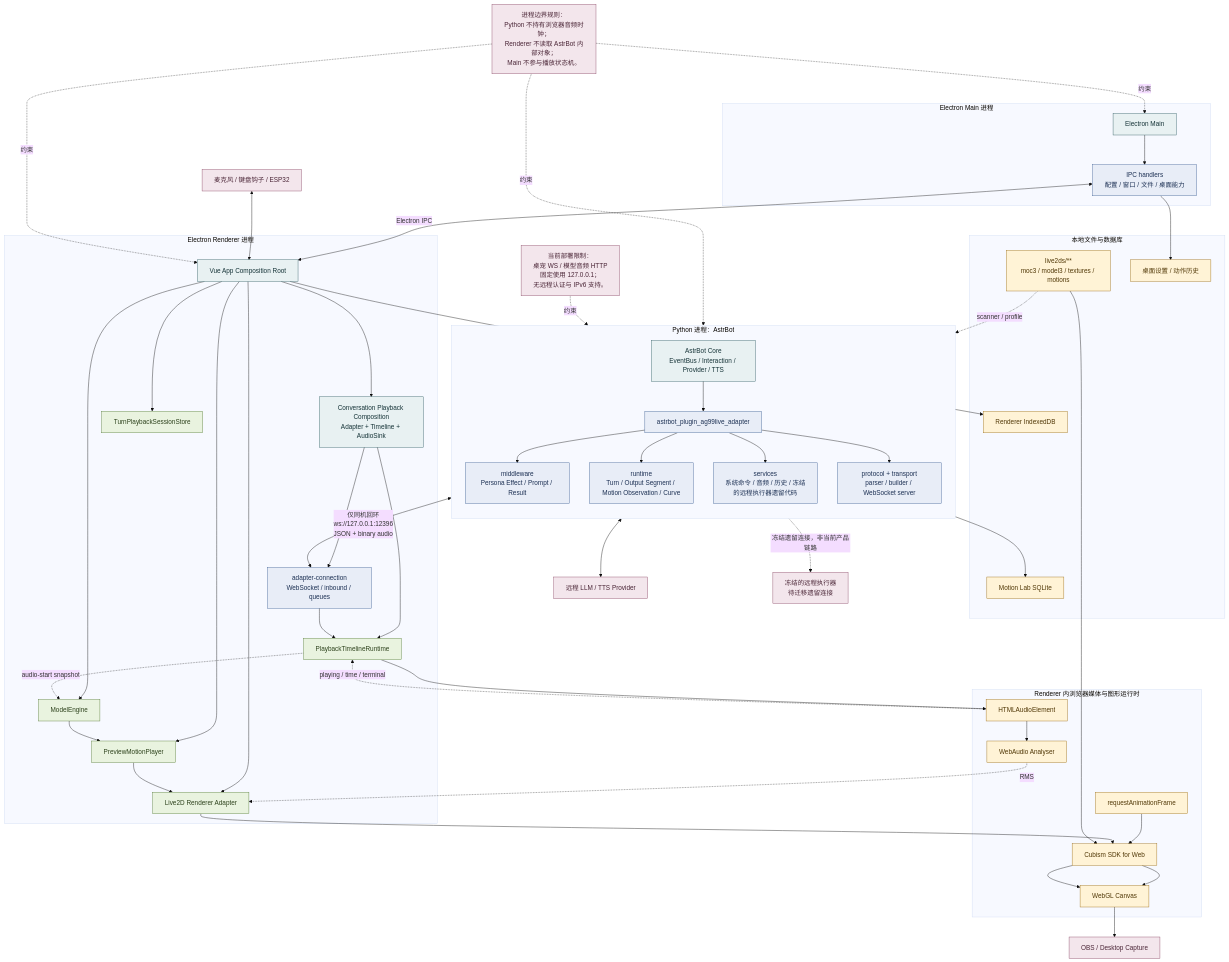
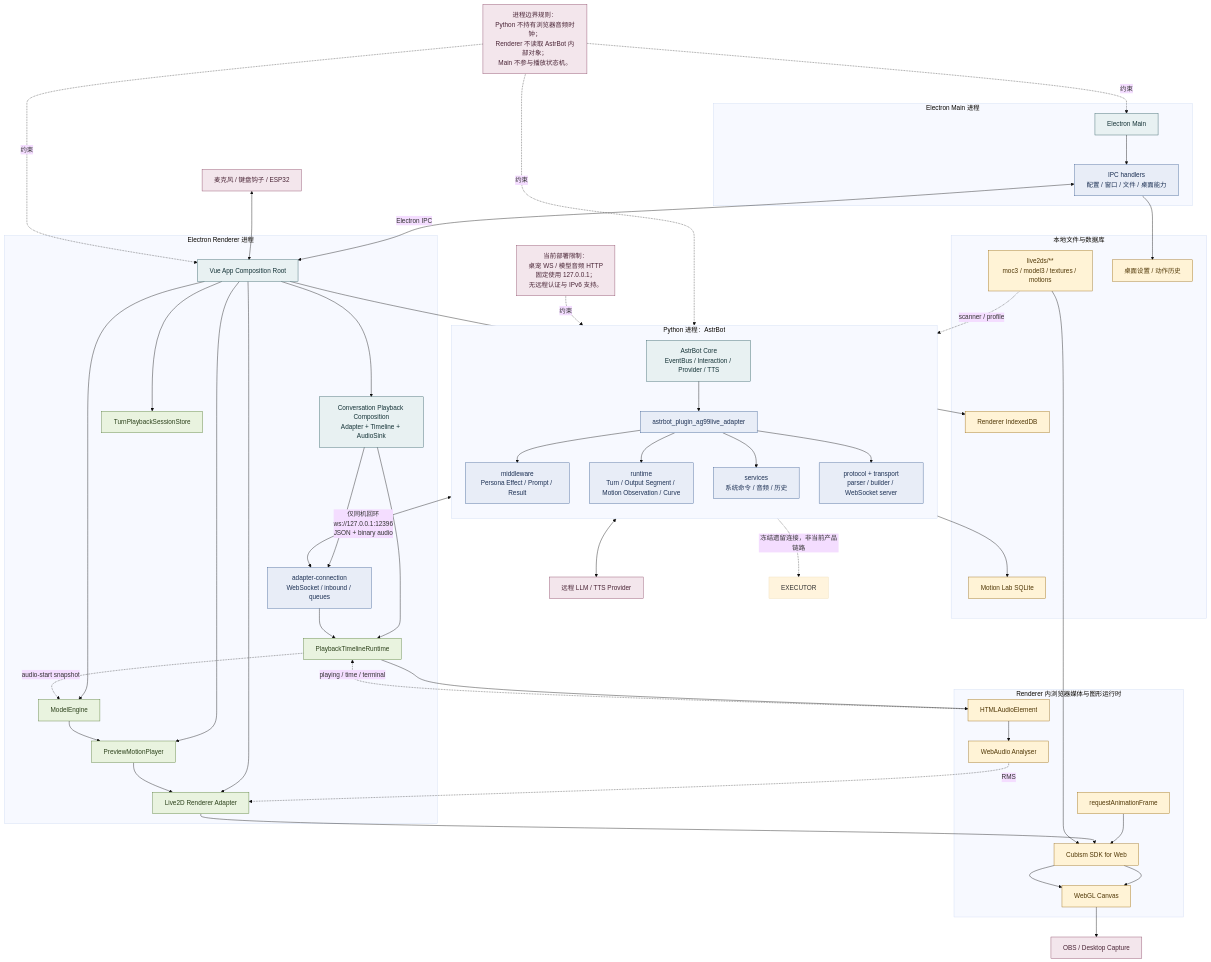
One commit to murphys7017/AG99live changed the diagram in docs/04-流程图与分析图/02-部署与进程边界图.mmd. Above: the diagram before and after it, drawn with Mermaid (base theme). The commit also changed 24 other files, not shown here.

```diff
--- a/docs/04-流程图与分析图/02-部署与进程边界图.mmd
+++ b/docs/04-流程图与分析图/02-部署与进程边界图.mmd
@@ -1,94 +1,93 @@
 flowchart TB
     classDef process fill:#e8f1f2,stroke:#2f5d62,color:#163438
     classDef module fill:#e8edf7,stroke:#3e5f93,color:#1d3154
     classDef runtime fill:#e9f3df,stroke:#557a35,color:#2e431d
     classDef io fill:#fff3d6,stroke:#9a6b14,color:#513807
     classDef external fill:#f3e6ec,stroke:#8b4865,color:#4b2637
 
     subgraph PY[Python 进程：AstrBot]
         direction TB
         PYCORE[AstrBot Core<br/>EventBus / Interaction / Provider / TTS]:::process
         PLUGIN[astrbot_plugin_ag99live_adapter]:::module
         MW[middleware<br/>Persona Effect / Prompt / Result]:::module
         RT[runtime<br/>Turn / Output Segment / Motion Observation / Curve]:::module
-        SVC[services<br/>系统命令 / 音频 / 历史 / 冻结的远程执行器遗留代码]:::module
+        SVC[services<br/>系统命令 / 音频 / 历史]:::module
         PROTO[protocol + transport<br/>parser / builder / WebSocket server]:::module
         PYCORE --> PLUGIN
         PLUGIN --> MW
         PLUGIN --> RT
         PLUGIN --> SVC
         PLUGIN --> PROTO
     end
 
     subgraph MAIN[Electron Main 进程]
         MAINPROC[Electron Main]:::process
         IPC[IPC handlers<br/>配置 / 窗口 / 文件 / 桌面能力]:::module
         MAINPROC --> IPC
     end
 
     subgraph RENDER[Electron Renderer 进程]
         APP[Vue App Composition Root]:::process
         PLAYBACK[Conversation Playback Composition<br/>Adapter + Timeline + AudioSink]:::process
         ADAPTER[adapter-connection<br/>WebSocket / inbound / queues]:::module
         STORE[TurnPlaybackSessionStore]:::runtime
         TL[PlaybackTimelineRuntime]:::runtime
         ENGINE[ModelEngine]:::runtime
         PLAYER[PreviewMotionPlayer]:::runtime
         L2D[Live2D Renderer Adapter]:::runtime
         APP --> PLAYBACK
         PLAYBACK --> ADAPTER
         APP --> STORE
         PLAYBACK --> TL
         APP --> ENGINE
         APP --> PLAYER
         APP --> L2D
     end
 
     subgraph BROWSER[Renderer 内浏览器媒体与图形运行时]
         MEDIA[HTMLAudioElement]:::io
         WEBAUDIO[WebAudio Analyser]:::io
         WEBGL[WebGL Canvas]:::io
         CUBISM[Cubism SDK for Web]:::io
         RAF[requestAnimationFrame]:::io
         MEDIA --> WEBAUDIO
         CUBISM --> WEBGL
         RAF --> CUBISM
     end
 
     subgraph FS[本地文件与数据库]
         MODELS[live2ds/**<br/>moc3 / model3 / textures / motions]:::io
         DB[Motion Lab SQLite]:::io
         IDB[Renderer IndexedDB]:::io
         SETTINGS[桌面设置 / 动作历史]:::io
     end
 
     PROVIDERS[远程 LLM / TTS Provider]:::external
-    EXECUTOR[冻结的远程执行器<br/>待迁移遗留连接]:::external
     OBS[OBS / Desktop Capture]:::external
     DEVICE[麦克风 / 键盘钩子 / ESP32]:::external
 
     PYCORE <--> PROVIDERS
     RT -.冻结遗留连接，非当前产品链路.-> EXECUTOR
     PROTO <-->|仅同机回环<br/>ws://127.0.0.1:12396<br/>JSON + binary audio| ADAPTER
     IPC <-->|Electron IPC| APP
     ADAPTER --> TL
     TL --> MEDIA
     MEDIA -.playing / time / terminal.-> TL
     WEBAUDIO -.RMS.-> L2D
     ENGINE --> PLAYER --> L2D --> CUBISM
     TL -.audio-start snapshot.-> ENGINE
     CUBISM --> WEBGL --> OBS
 
     MODELS --> CUBISM
     MODELS -.scanner / profile.-> PLUGIN
     RT --> DB
     APP --> IDB
     IPC --> SETTINGS
     DEVICE <--> APP
 
     note1[进程边界规则：<br/>Python 不持有浏览器音频时钟；<br/>Renderer 不读取 AstrBot 内部对象；<br/>Main 不参与播放状态机。]:::external
     note2[当前部署限制：<br/>桌宠 WS / 模型音频 HTTP<br/>固定使用 127.0.0.1；<br/>无远程认证与 IPv6 支持。]:::external
     note1 -.约束.-> PYCORE
     note1 -.约束.-> APP
     note1 -.约束.-> MAINPROC
     note2 -.约束.-> PROTO
```
